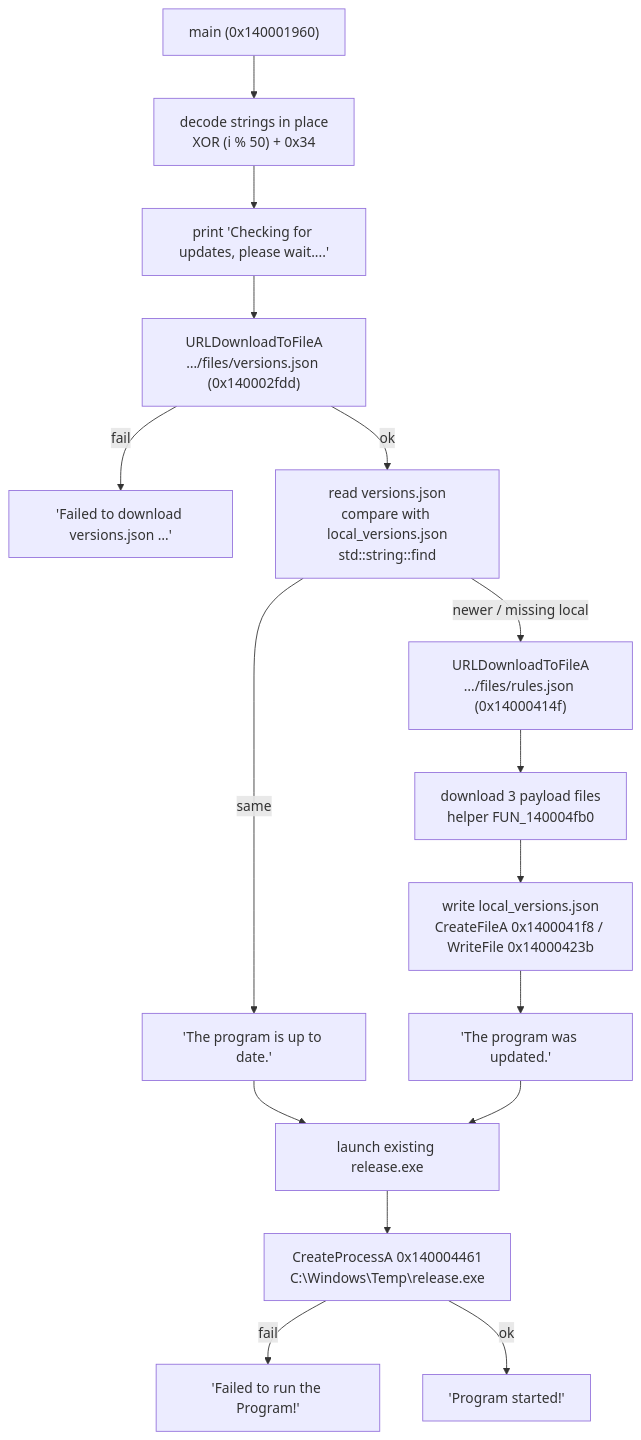
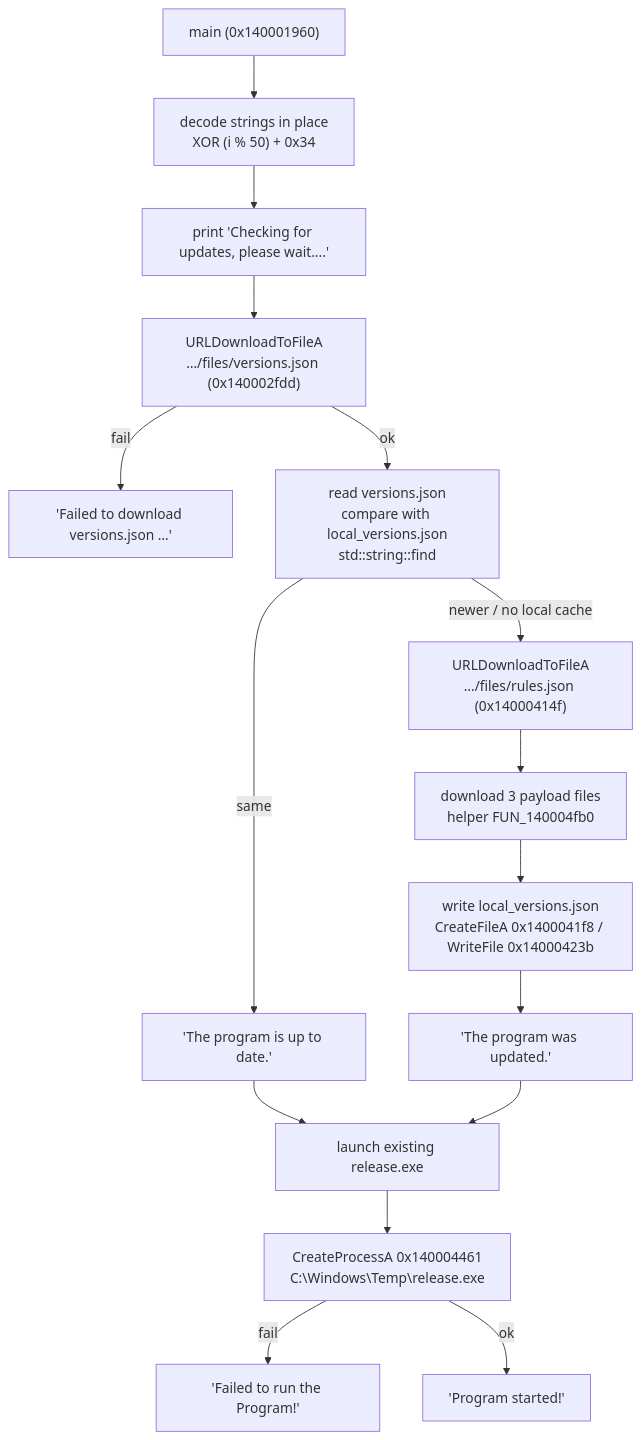
Before and after one commit to bawciarati/0xsec-writeups: the diagram in malware-analysis/2026-11-13-dbdaxera-updater.md, drawn with Mermaid. The commit also changed other lines of this file and 8 other files, not shown here.

````diff
--- a/malware-analysis/2026-11-13-dbdaxera-updater.md
+++ b/malware-analysis/2026-11-13-dbdaxera-updater.md
@@ -120,18 +120,18 @@
 ```mermaid
 flowchart TD
     A["main (0x140001960)"] --> B["decode strings in place<br/>XOR (i % 50) + 0x34"]
     B --> C["print 'Checking for updates, please wait....'"]
     C --> D["URLDownloadToFileA<br/>…/files/versions.json (0x140002fdd)"]
     D -->|fail| E["'Failed to download versions.json …'"]
     D -->|ok| F["read versions.json<br/>compare with local_versions.json<br/>std::string::find"]
     F -->|same| G["'The program is up to date.'"]
     G --> H["launch existing release.exe"]
-    F -->|newer / missing local| I["URLDownloadToFileA<br/>…/files/rules.json (0x14000414f)"]
+    F -->|newer / no local cache| I["URLDownloadToFileA<br/>…/files/rules.json (0x14000414f)"]
     I --> J["download 3 payload files<br/>helper FUN_140004fb0"]
     J --> K["write local_versions.json<br/>CreateFileA 0x1400041f8 / WriteFile 0x14000423b"]
     K --> L["'The program was updated.'"]
     L --> H
     H --> M["CreateProcessA 0x140004461<br/>C:\Windows\Temp\release.exe"]
     M -->|fail| N["'Failed to run the Program!'"]
     M -->|ok| O["'Program started!'"]
 ```
````
